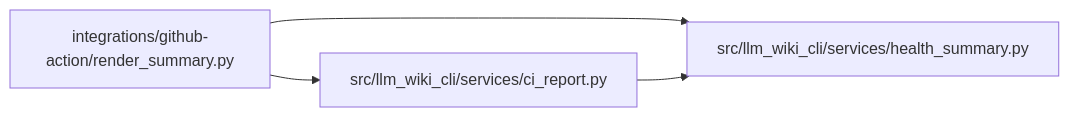
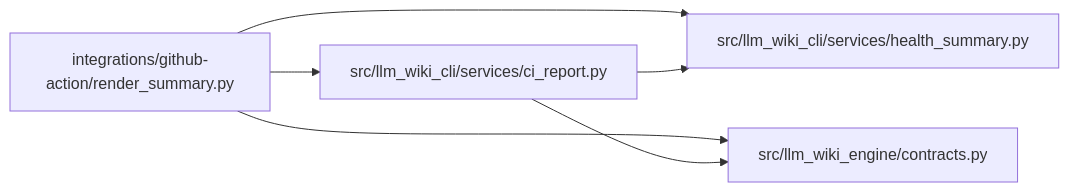
One commit to Denissvgn/python-wiki-llm changed the diagram in docs/llm_wiki/modules/render_summary.md. Above: the diagram before and after it, drawn with Mermaid. The commit also changed other lines of this file and 509 other files, not shown here.

First line of the commit message:
docs: refresh the wiki for the deprecated engine aliases

````diff
--- a/docs/llm_wiki/modules/render_summary.md
+++ b/docs/llm_wiki/modules/render_summary.md
@@ -32,12 +32,16 @@
 ```mermaid
 flowchart LR
     n0["integrations/github-action/render_summary.py"]
     n1["src/llm_wiki_cli/services/ci_report.py"]
     n2["src/llm_wiki_cli/services/health_summary.py"]
+    n3["src/llm_wiki_engine/contracts.py"]
     n0 --> n1
     n0 --> n2
+    n0 --> n3
     n1 --> n2
+    n1 --> n3
     click n0 "../modules/render_summary.md"
     click n1 "../modules/ci_report.md"
     click n2 "../modules/health_summary.md"
+    click n3 "../modules/llm_wiki_engine_contracts.md"
 ```
````
